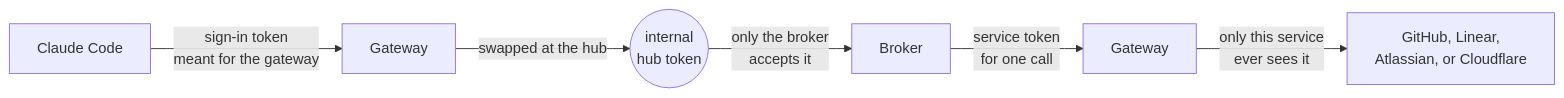
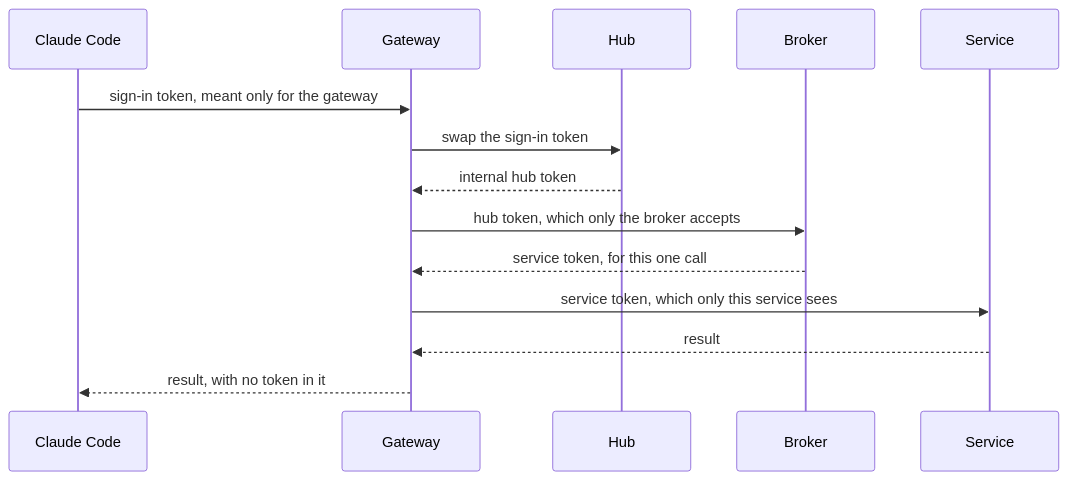
The second of 5 diagrams in docs/overview.md (chief-builder/vendor-token-broker), drawn with Mermaid before and after one commit. The commit also changed other lines of this file and 6 other files, not shown here.

First line of the commit message:
docs: make diagrams readable

````diff
--- a/docs/overview.md
+++ b/docs/overview.md
@@ -50,8 +50,16 @@
 ```mermaid
-flowchart LR
-    C["Claude Code"] -->|"sign-in token<br/>meant for the gateway"| G["Gateway"]
-    G -->|"swapped at the hub"| X(("internal<br/>hub token"))
-    X -->|"only the broker<br/>accepts it"| B["Broker"]
-    B -->|"service token<br/>for one call"| G2["Gateway"]
-    G2 -->|"only this service<br/>ever sees it"| S["GitHub, Linear,<br/>Atlassian, or Cloudflare"]
+sequenceDiagram
+    participant C as Claude Code
+    participant G as Gateway
+    participant H as Hub
+    participant B as Broker
+    participant S as Service
+    C->>G: sign-in token, meant only for the gateway
+    G->>H: swap the sign-in token
+    H-->>G: internal hub token
+    G->>B: hub token, which only the broker accepts
+    B-->>G: service token, for this one call
+    G->>S: service token, which only this service sees
+    S-->>G: result
+    G-->>C: result, with no token in it
 ```
````
